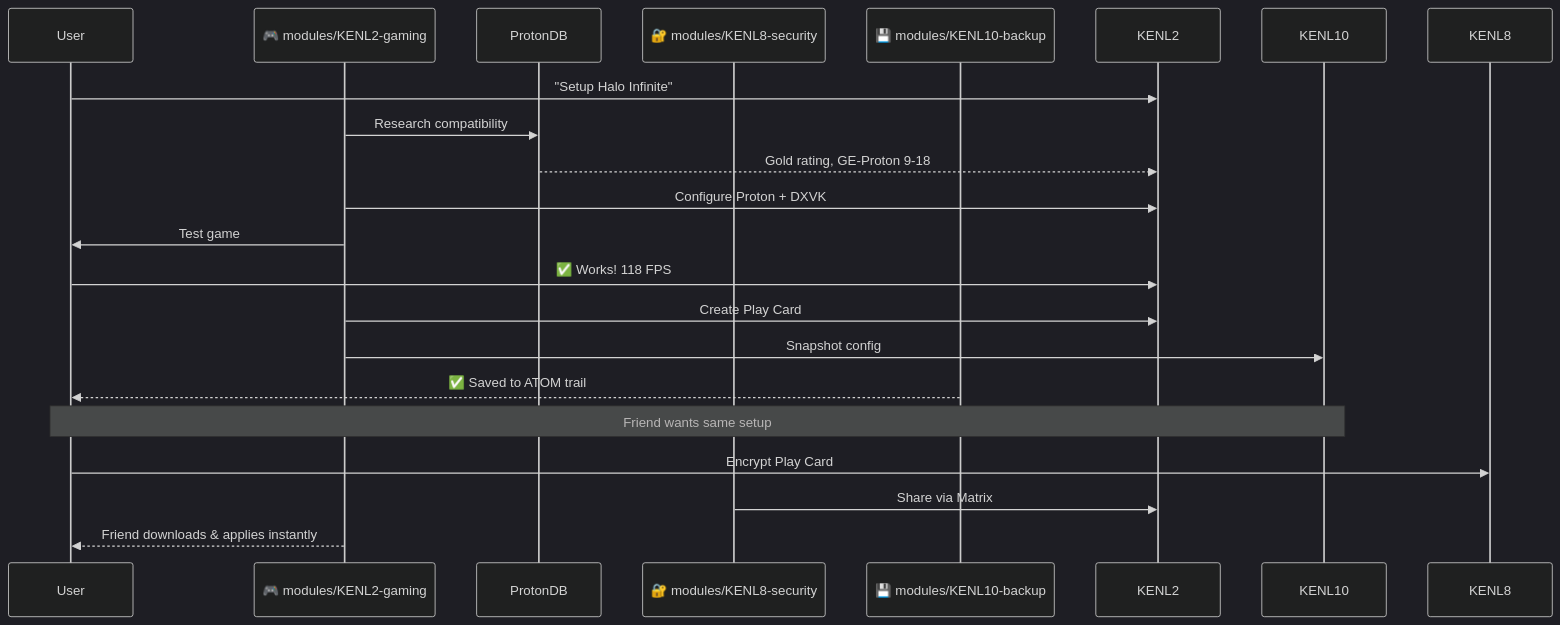
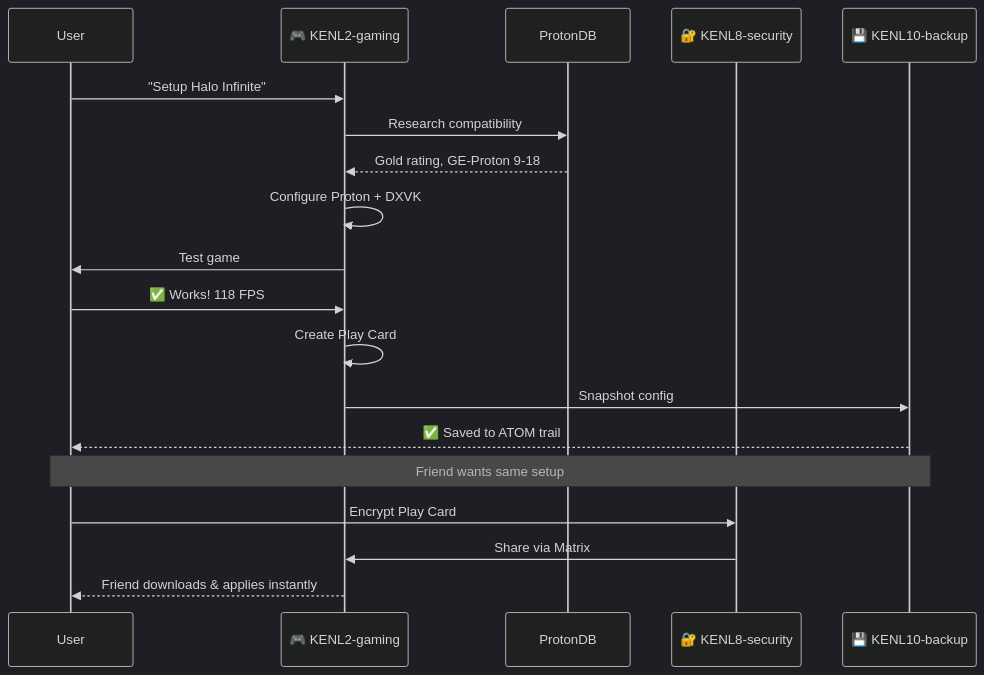
Before and after one commit to toolate28/kenl: the third of 9 diagrams in README.md, drawn with Mermaid (dark theme). The commit also changed other lines of this file, not shown here.

First line of the commit message:
fix: resolve Mermaid diagram syntax errors in README

````diff
--- a/README.md
+++ b/README.md
@@ -177,24 +180,24 @@
 ```mermaid
 sequenceDiagram
     participant User
-    participant modules/KENL2 as 🎮 modules/KENL2-gaming
+    participant KENL2 as 🎮 KENL2-gaming
     participant ProtonDB
-    participant modules/KENL8 as 🔐 modules/KENL8-security
-    participant modules/KENL10 as 💾 modules/KENL10-backup
+    participant KENL8 as 🔐 KENL8-security
+    participant KENL10 as 💾 KENL10-backup
 
     User->>KENL2: "Setup Halo Infinite"
-    modules/KENL2->>ProtonDB: Research compatibility
+    KENL2->>ProtonDB: Research compatibility
     ProtonDB-->>KENL2: Gold rating, GE-Proton 9-18
-    modules/KENL2->>KENL2: Configure Proton + DXVK
-    modules/KENL2->>User: Test game
+    KENL2->>KENL2: Configure Proton + DXVK
+    KENL2->>User: Test game
     User->>KENL2: ✅ Works! 118 FPS
-    modules/KENL2->>KENL2: Create Play Card
-    modules/KENL2->>KENL10: Snapshot config
-    modules/KENL10-->>User: ✅ Saved to ATOM trail
+    KENL2->>KENL2: Create Play Card
+    KENL2->>KENL10: Snapshot config
+    KENL10-->>User: ✅ Saved to ATOM trail
 
     Note over User,KENL10: Friend wants same setup
 
     User->>KENL8: Encrypt Play Card
-    modules/KENL8->>KENL2: Share via Matrix
-    modules/KENL2-->>User: Friend downloads & applies instantly
+    KENL8->>KENL2: Share via Matrix
+    KENL2-->>User: Friend downloads & applies instantly
 ```
````
